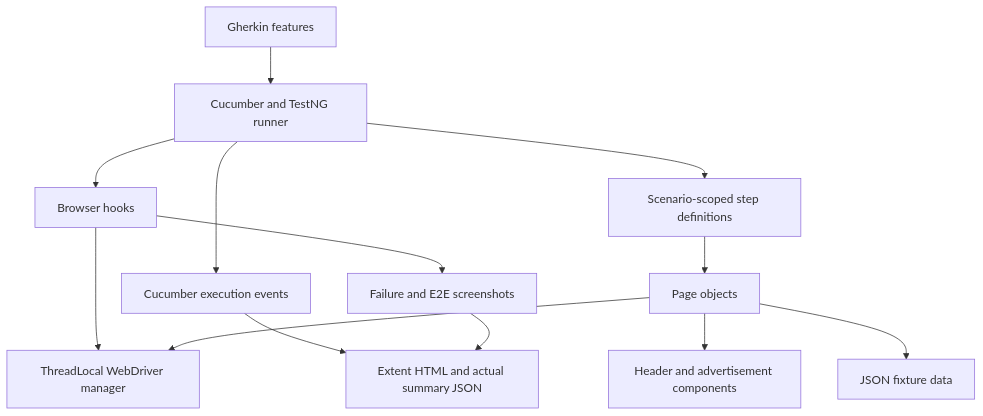
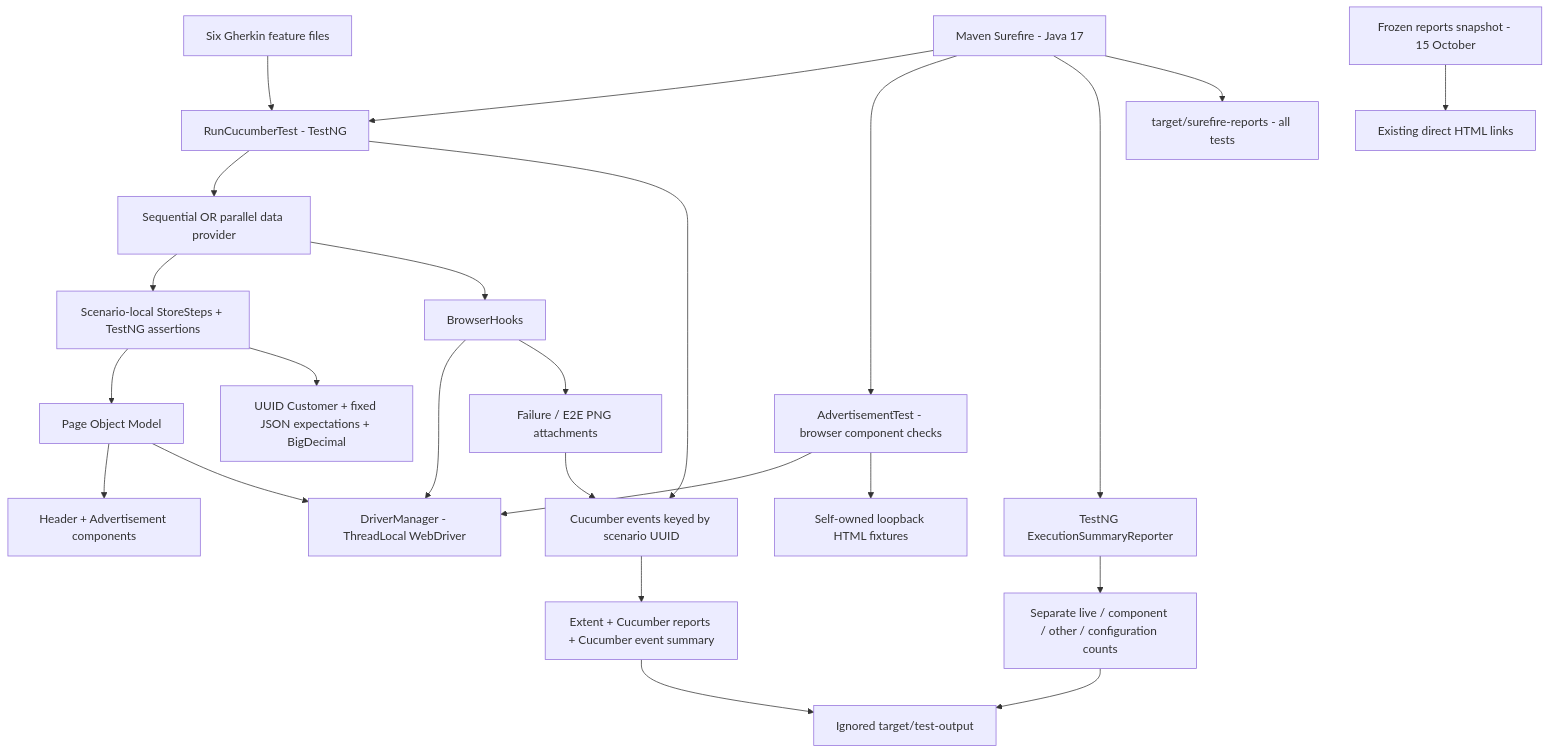
One commit to srenevasanks/selenium-java-cucumber-framework changed the diagram in docs/framework-architecture.md. Above: the diagram before and after it, drawn with Mermaid. The commit also changed other lines of this file and 17 other files, not shown here.

````diff
--- a/docs/framework-architecture.md
+++ b/docs/framework-architecture.md
@@ -5,15 +5,26 @@
 ```mermaid
 flowchart TD
-  Features[Gherkin features] --> Runner[Cucumber and TestNG runner]
-  Runner --> Hooks[Browser hooks]
-  Runner --> Steps[Scenario-scoped step definitions]
-  Hooks --> Driver[ThreadLocal WebDriver manager]
-  Steps --> Pages[Page objects]
-  Pages --> Components[Header and advertisement components]
-  Pages --> Driver
-  Pages --> Data[JSON fixture data]
-  Runner --> Events[Cucumber execution events]
-  Events --> Extent[Extent HTML and actual summary JSON]
-  Hooks --> Images[Failure and E2E screenshots]
-  Images --> Extent
+  Maven[Maven Surefire - Java 17] --> Runner[RunCucumberTest - TestNG]
+  Maven --> Fixtures[AdvertisementTest - browser component checks]
+  Features[Six Gherkin feature files] --> Runner
+  Runner --> Provider[Sequential OR parallel data provider]
+  Provider --> Steps[Scenario-local StoreSteps + TestNG assertions]
+  Provider --> Hooks[BrowserHooks]
+  Steps --> Pages[Page Object Model]
+  Pages --> Components[Header + Advertisement components]
+  Pages --> Driver[DriverManager - ThreadLocal WebDriver]
+  Hooks --> Driver
+  Fixtures --> Driver
+  Fixtures --> Loopback[Self-owned loopback HTML fixtures]
+  Steps --> Data[UUID Customer + fixed JSON expectations + BigDecimal]
+  Hooks --> Capture[Failure / E2E PNG attachments]
+  Runner --> Events[Cucumber events keyed by scenario UUID]
+  Capture --> Events
+  Events --> Extent[Extent + Cucumber reports + Cucumber event summary]
+  Maven --> Summary[TestNG ExecutionSummaryReporter]
+  Summary --> Counts[Separate live / component / other / configuration counts]
+  Extent --> Runtime[Ignored target/test-output]
+  Counts --> Runtime
+  Maven --> Surefire[target/surefire-reports - all tests]
+  Snapshot[Frozen reports snapshot - 15 October] --> PagesSite[Existing direct HTML links]
 ```
````
